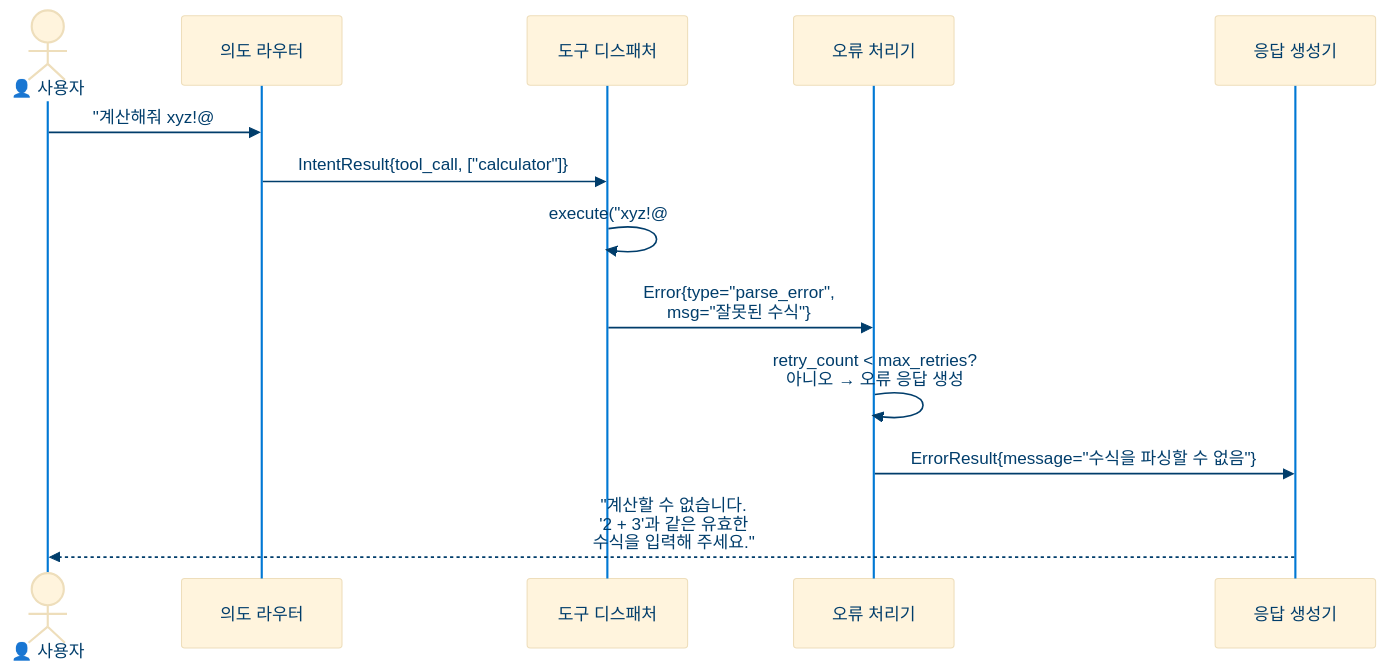
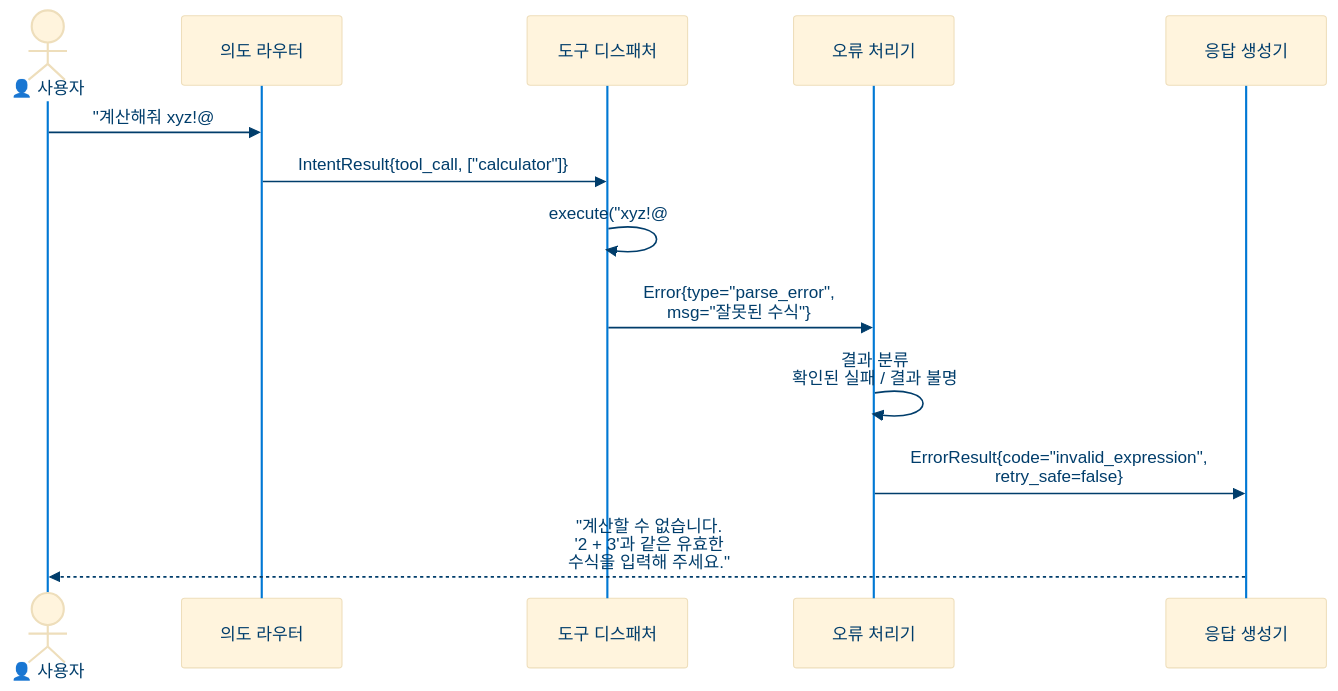
One commit to dotnetpower/mscp changed the fourth of 7 diagrams in docs/levels/Level_1_Tool_Agent.ko.md. Above: the diagram before and after it, drawn with Mermaid. The commit also changed other lines of this file and 21 other files, not shown here.

````diff
--- a/docs/levels/Level_1_Tool_Agent.ko.md
+++ b/docs/levels/Level_1_Tool_Agent.ko.md
@@ -231,17 +253,17 @@
 ```mermaid
 %%{init: {'theme': 'base', 'themeVariables': {'actorTextColor': '#003D6B', 'actorLineColor': '#0078D4', 'signalColor': '#003D6B', 'signalTextColor': '#003D6B', 'labelTextColor': '#003D6B', 'loopTextColor': '#003D6B', 'noteBkgColor': '#DEECF9', 'noteTextColor': '#003D6B', 'noteBorderColor': '#0078D4', 'activationBkgColor': '#E1DFDD', 'activationBorderColor': '#605E5C', 'sequenceNumberColor': '#FFF', 'textColor': '#323130', 'fontSize': '14px'}}}%%
 sequenceDiagram
     actor U as 👤 사용자
     participant IR as 의도 라우터
     participant TD as 도구 디스패처
     participant EH as 오류 처리기
     participant RG as 응답 생성기
 
     U->>IR: "계산해줘 xyz!@#"
     IR->>TD: IntentResult{tool_call, ["calculator"]}
     TD->>TD: execute("xyz!@#")<br/>❌ InvalidExpression
     TD->>EH: Error{type="parse_error",<br/>msg="잘못된 수식"}
-    EH->>EH: retry_count < max_retries?<br/>아니오 → 오류 응답 생성
-    EH->>RG: ErrorResult{message="수식을 파싱할 수 없음"}
+    EH->>EH: 결과 분류<br/>확인된 실패 / 결과 불명
+    EH->>RG: ErrorResult{code="invalid_expression",<br/>retry_safe=false}
     RG-->>U: "계산할 수 없습니다.<br/>'2 + 3'과 같은 유효한<br/>수식을 입력해 주세요."
 ```
````
